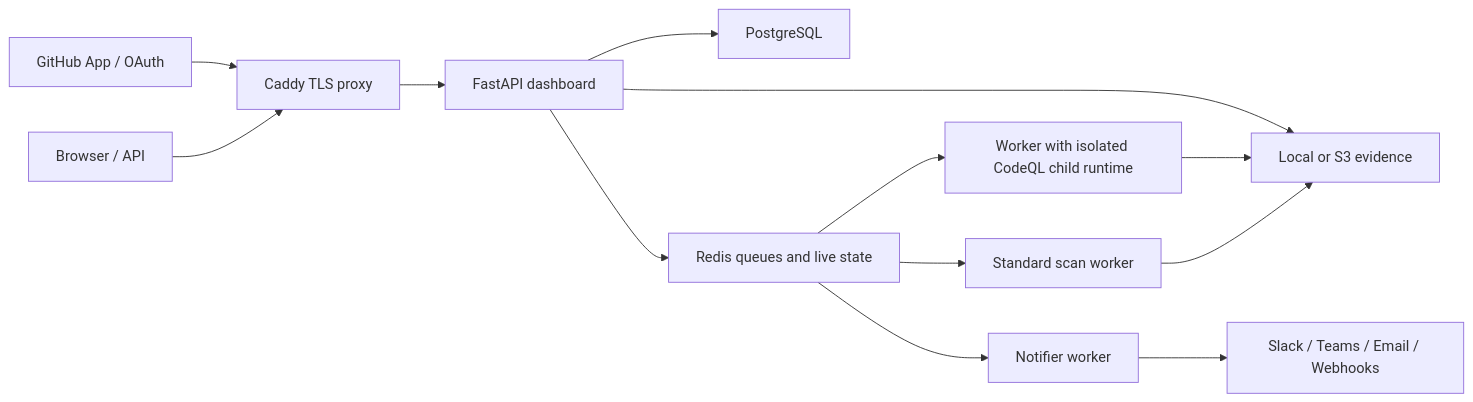
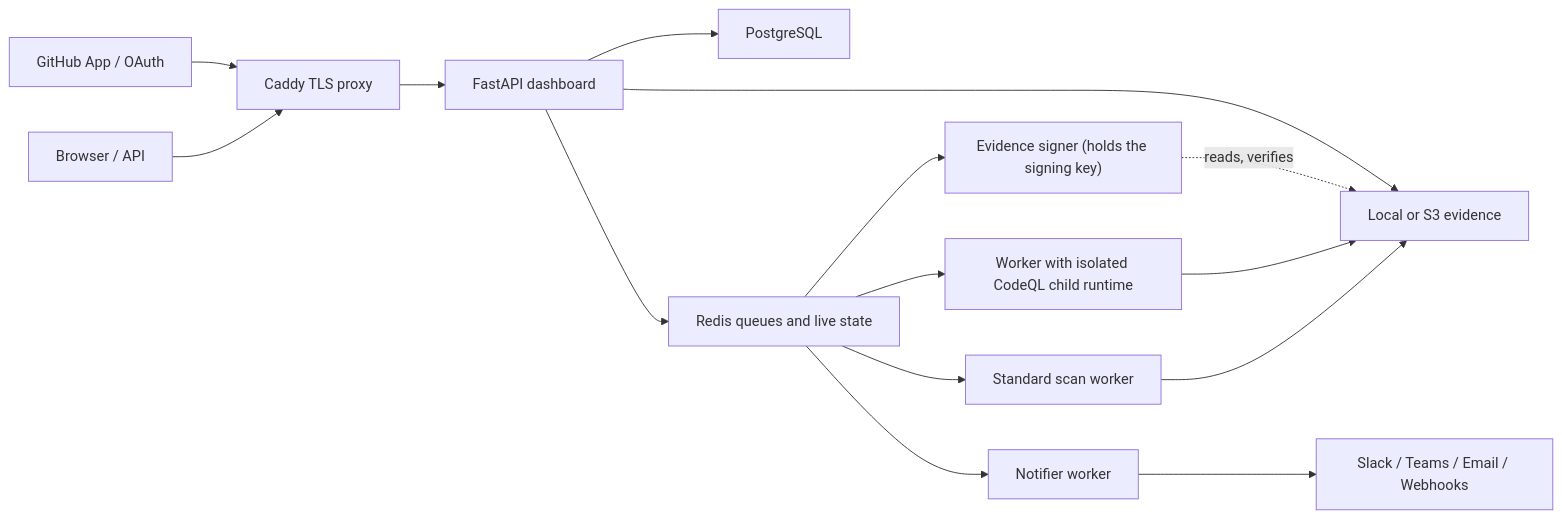
One commit to huslenine999/aegis changed the diagram in README.md. Above: the diagram before and after it, drawn with Mermaid. The commit also changed other lines of this file and 20 other files, not shown here.

First line of the commit message:
feat(security): move evidence signing out of the scan worker

````diff
--- a/README.md
+++ b/README.md
@@ -390,15 +390,17 @@
 ```mermaid
 flowchart LR
     User["Browser / API"] --> Proxy["Caddy TLS proxy"]
     GitHub["GitHub App / OAuth"] --> Proxy
     Proxy --> API["FastAPI dashboard"]
     API --> DB["PostgreSQL"]
     API --> Redis["Redis queues and live state"]
     Redis --> Worker["Standard scan worker"]
     Redis --> Deep["Worker with isolated CodeQL child runtime"]
     Redis --> Notifier["Notifier worker"]
+    Redis --> Signer["Evidence signer (holds the signing key)"]
     Worker --> Evidence["Local or S3 evidence"]
     Deep --> Evidence
+    Signer -. reads, verifies .-> Evidence
     API --> Evidence
     Notifier --> Channels["Slack / Teams / Email / Webhooks"]
 ```
````
